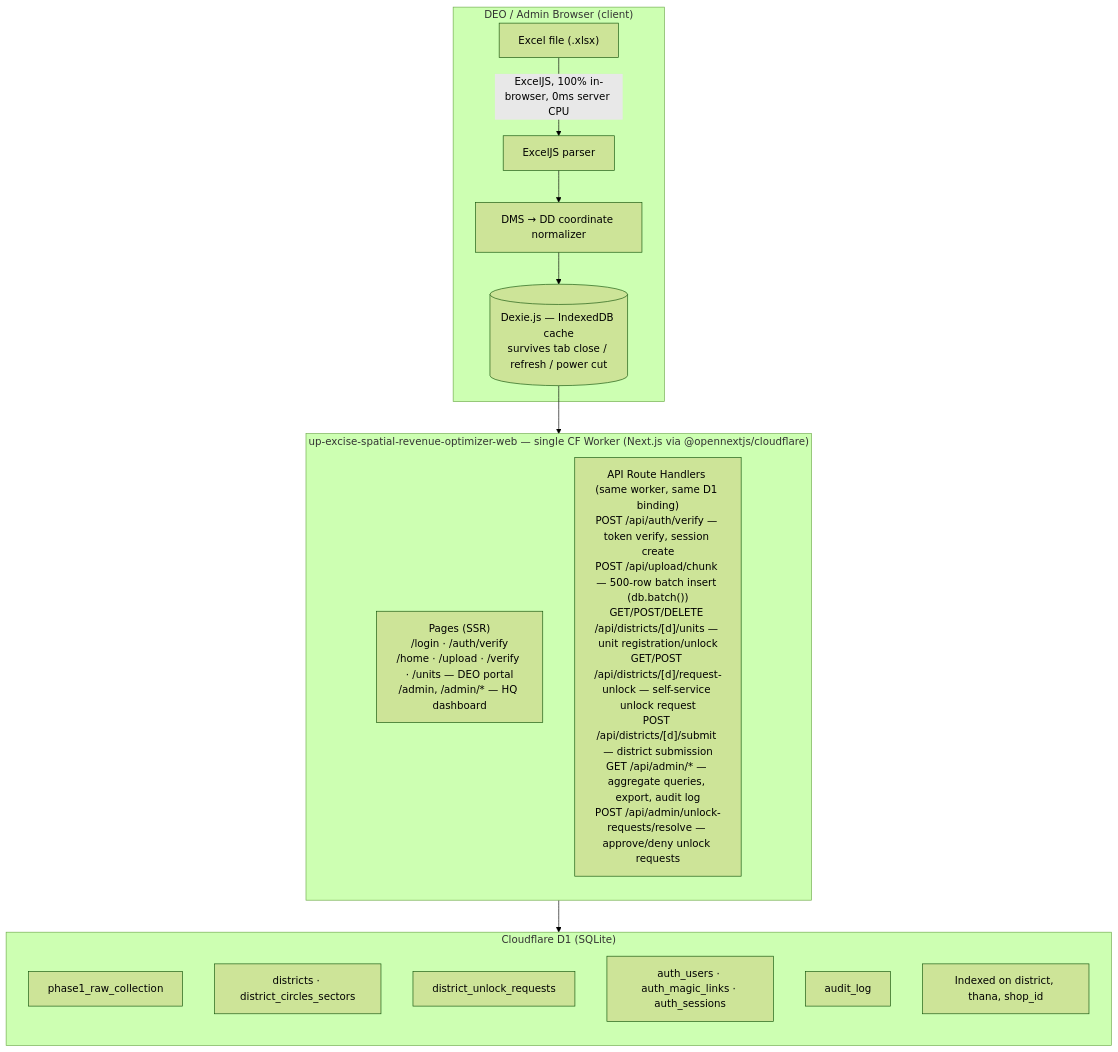
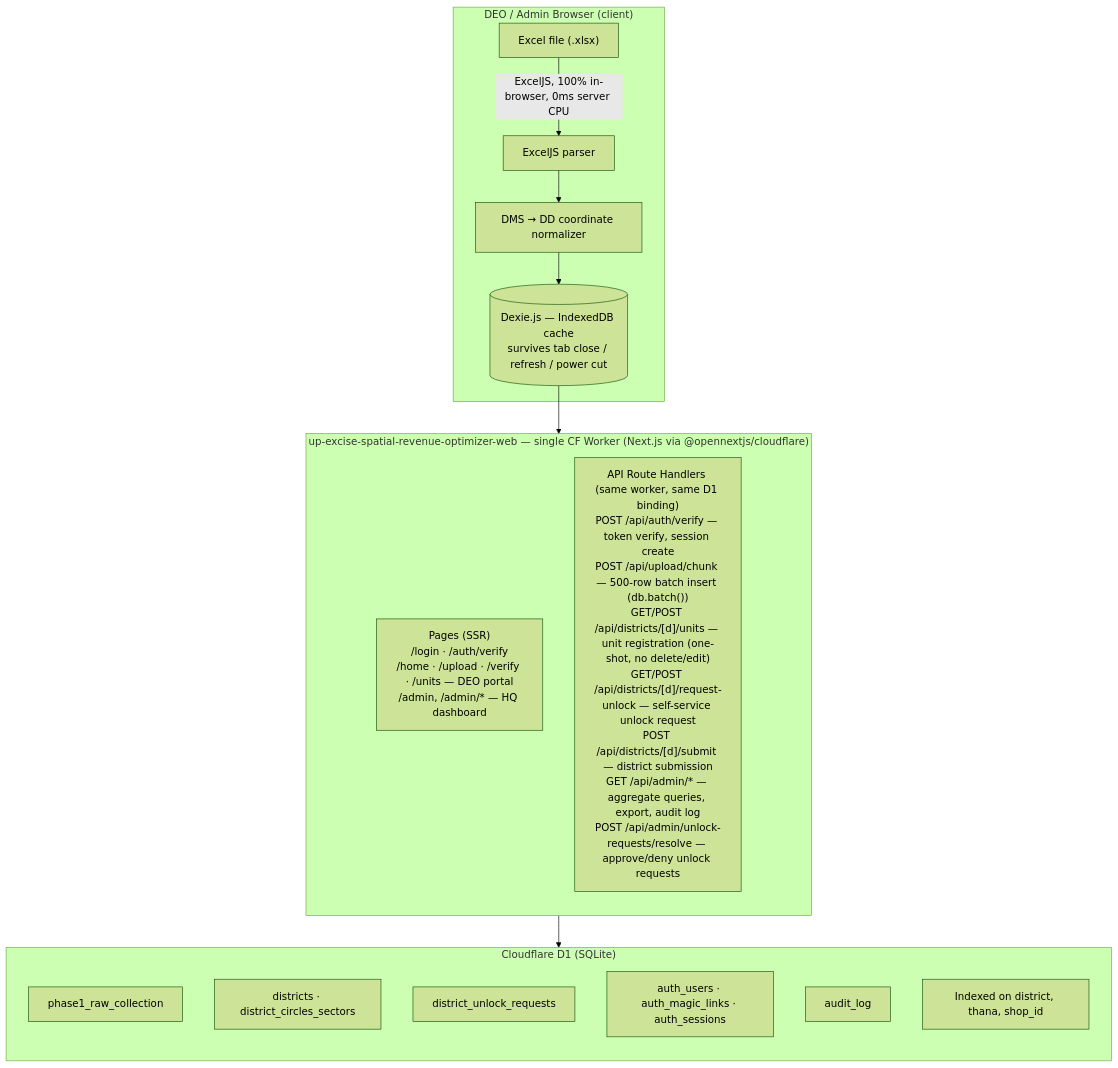
Before and after one commit to SubhanRaj/up-excise-spatial-revenue-optimizer: the second of 2 diagrams in roadmap.md, drawn with Mermaid (forest theme). The commit also changed other lines of this file and 3 other files, not shown here.

````diff
--- a/roadmap.md
+++ b/roadmap.md
@@ -216,28 +216,28 @@
 ```mermaid
 flowchart TB
     subgraph Browser["DEO / Admin Browser (client)"]
         Excel["Excel file (.xlsx)"] -->|ExcelJS, 100% in-browser, 0ms server CPU| Parse["ExcelJS parser"]
         Parse --> Coord["DMS → DD coordinate normalizer"]
         Coord --> IDB[("Dexie.js — IndexedDB cache\nsurvives tab close / refresh / power cut")]
     end
 
     IDB --> Worker
 
     subgraph Worker["up-excise-spatial-revenue-optimizer-web — single CF Worker (Next.js via @opennextjs/cloudflare)"]
         direction TB
         Pages["Pages (SSR)\n/login · /auth/verify\n/home · /upload · /verify · /units — DEO portal\n/admin, /admin/* — HQ dashboard"]
-        Routes["API Route Handlers (same worker, same D1 binding)\nPOST /api/auth/verify — token verify, session create\nPOST /api/upload/chunk — 500-row batch insert (db.batch())\nGET/POST/DELETE /api/districts/[d]/units — unit registration/unlock\nGET/POST /api/districts/[d]/request-unlock — self-service unlock request\nPOST /api/districts/[d]/submit — district submission\nGET /api/admin/* — aggregate queries, export, audit log\nPOST /api/admin/unlock-requests/resolve — approve/deny unlock requests"]
+        Routes["API Route Handlers (same worker, same D1 binding)\nPOST /api/auth/verify — token verify, session create\nPOST /api/upload/chunk — 500-row batch insert (db.batch())\nGET/POST /api/districts/[d]/units — unit registration (one-shot, no delete/edit)\nGET/POST /api/districts/[d]/request-unlock — self-service unlock request\nPOST /api/districts/[d]/submit — district submission\nGET /api/admin/* — aggregate queries, export, audit log\nPOST /api/admin/unlock-requests/resolve — approve/deny unlock requests"]
     end
 
     Worker --> D1
 
     subgraph D1["Cloudflare D1 (SQLite)"]
         direction TB
         T1["phase1_raw_collection"]
         T2["districts · district_circles_sectors"]
         T3["district_unlock_requests"]
         T4["auth_users · auth_magic_links · auth_sessions"]
         T5["audit_log"]
         T6["Indexed on district, thana, shop_id"]
     end
 ```
````
